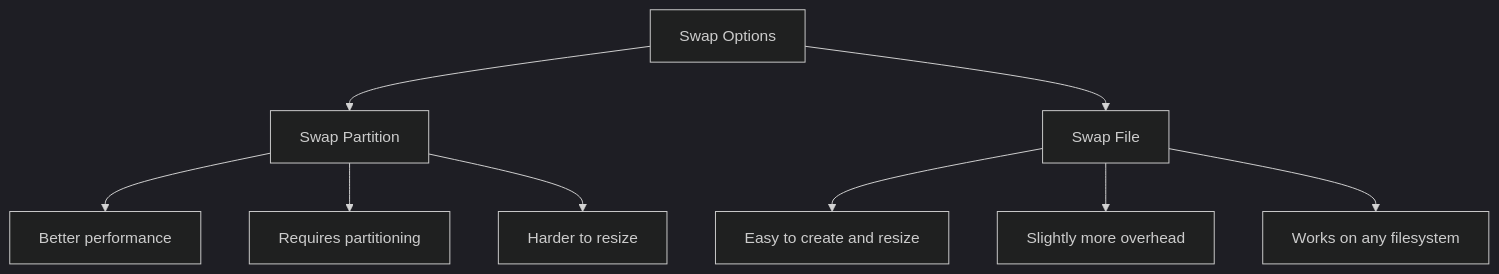
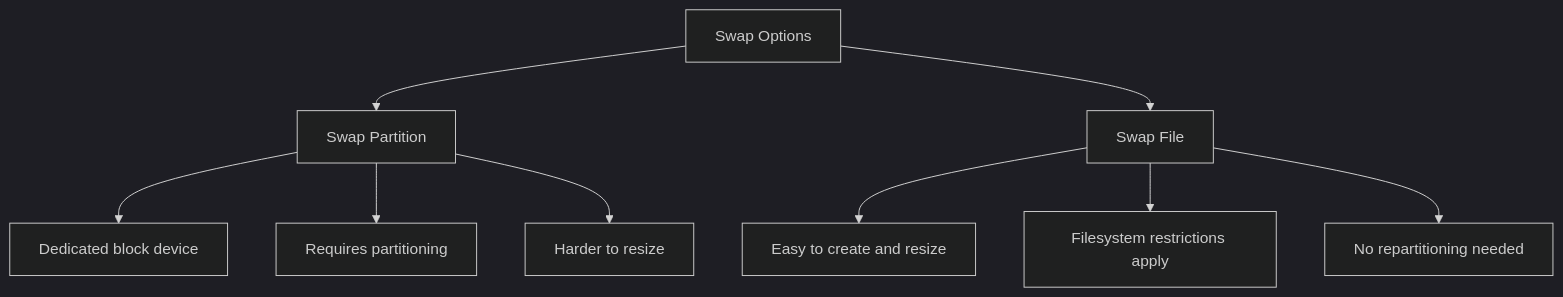
One commit to OneUptime/blog changed the diagram in posts/2026-03-04-create-enable-swap-partition-rhel-9/README.md. Above: the diagram before and after it, drawn with Mermaid (dark theme). The commit also changed other lines of this file and 2 other files, not shown here.

````diff
--- a/posts/2026-03-04-create-enable-swap-partition-rhel-9/README.md
+++ b/posts/2026-03-04-create-enable-swap-partition-rhel-9/README.md
@@ -185,11 +186,11 @@
 ```mermaid
 graph TD
     A[Swap Options] --> B[Swap Partition]
     A --> C[Swap File]
-    B --> D[Better performance]
+    B --> D[Dedicated block device]
     B --> E[Requires partitioning]
     B --> F[Harder to resize]
     C --> G[Easy to create and resize]
-    C --> H[Slightly more overhead]
-    C --> I[Works on any filesystem]
+    C --> H[Filesystem restrictions apply]
+    C --> I[No repartitioning needed]
 ```
````
